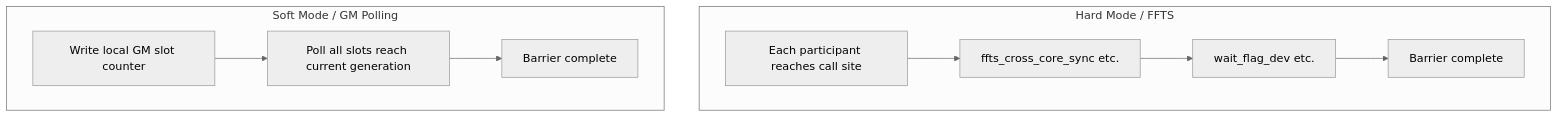
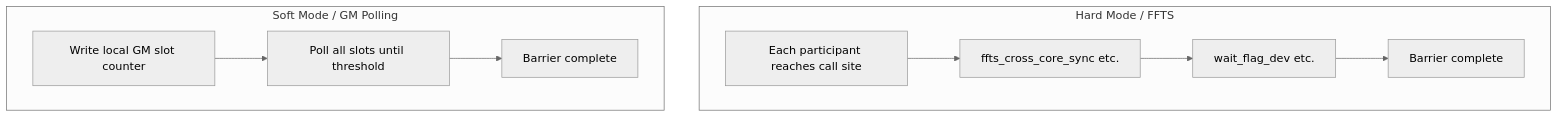
One commit to zouzias/pto-isa-mirror changed the diagram in docs/isa/SYNCALL.md. Above: the diagram before and after it, drawn with Mermaid (neutral theme). The commit also changed other lines of this file and 13 other files, not shown here.

First line of the commit message:
add TSYNCALL instruction for A2A3 and A5 architectures

````diff
--- a/docs/isa/SYNCALL.md
+++ b/docs/isa/SYNCALL.md
@@ -9,12 +9,12 @@
 ```mermaid
 flowchart TB
   subgraph hard [Hard Mode / FFTS]
     H1[Each participant reaches call site] --> H2[ffts_cross_core_sync etc.]
     H2 --> H3[wait_flag_dev etc.]
     H3 --> H4[Barrier complete]
   end
   subgraph soft [Soft Mode / GM Polling]
-    S1[Write local GM slot counter] --> S2[Poll all slots reach current generation]
+    S1[Write local GM slot counter] --> S2[Poll all slots until threshold]
     S2 --> S3[Barrier complete]
   end
 ```
````
